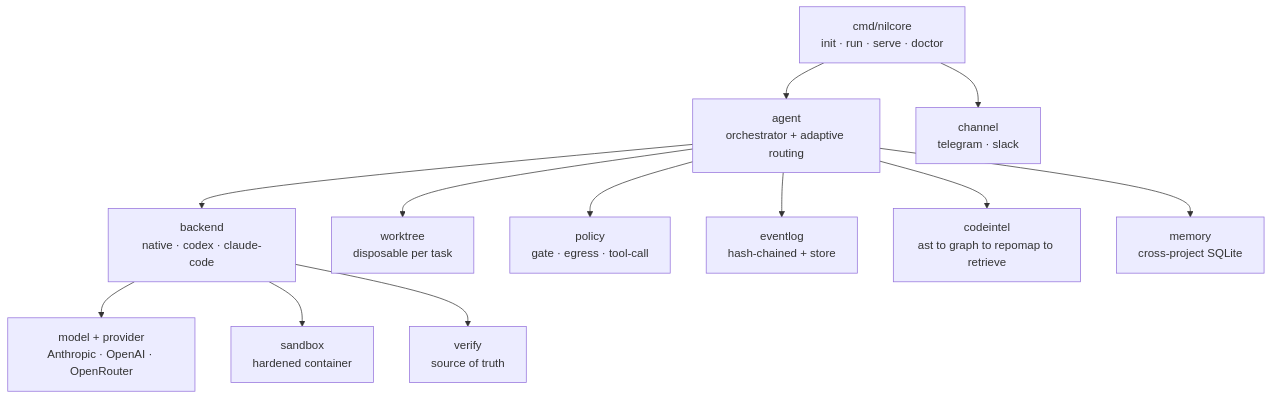
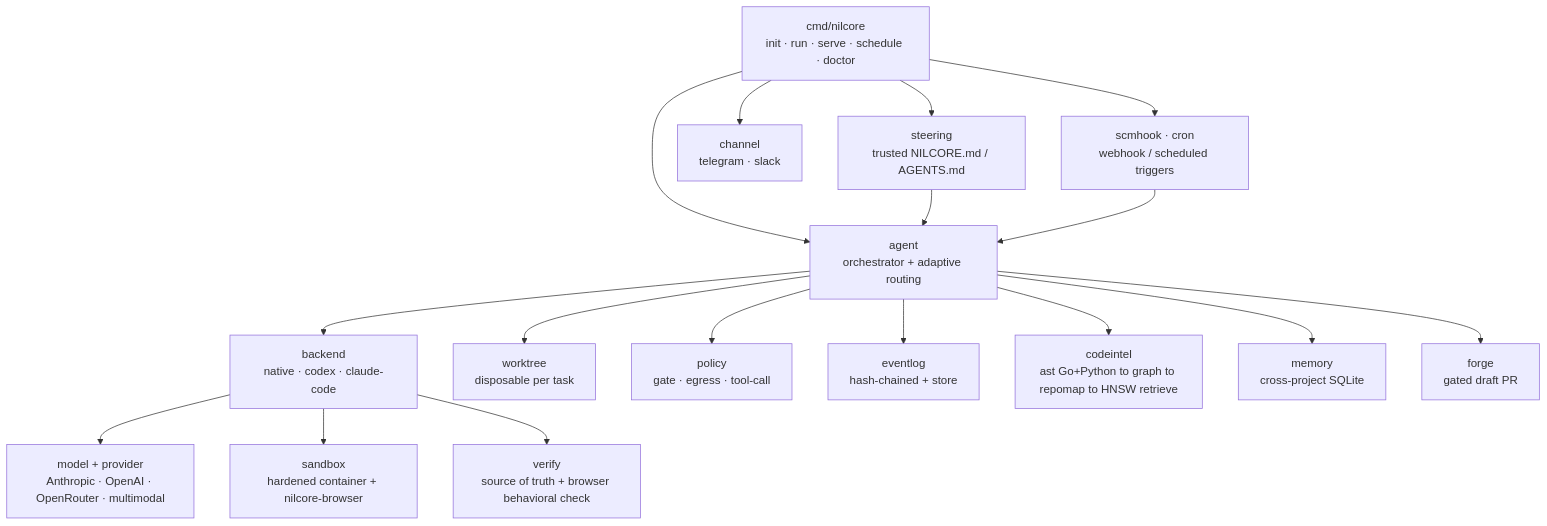
Before and after one commit to RNT56/NilCore: the second of 2 diagrams in README.md, drawn with Mermaid. The commit also changed other lines of this file and 10 other files, not shown here.

````diff
--- a/README.md
+++ b/README.md
@@ -199,14 +221,19 @@
 ```mermaid
 flowchart TD
-    CLI[cmd/nilcore<br/>init · run · serve · doctor] --> AGENT[agent<br/>orchestrator + adaptive routing]
+    CLI[cmd/nilcore<br/>init · run · serve · schedule · doctor] --> AGENT[agent<br/>orchestrator + adaptive routing]
+    CLI --> STEER[steering<br/>trusted NILCORE.md / AGENTS.md]
+    STEER --> AGENT
     AGENT --> BK[backend<br/>native · codex · claude-code]
     AGENT --> WT[worktree<br/>disposable per task]
-    BK --> MODEL[model + provider<br/>Anthropic · OpenAI · OpenRouter]
-    BK --> SANDBOX[sandbox<br/>hardened container]
-    BK --> VERIFY[verify<br/>source of truth]
+    BK --> MODEL[model + provider<br/>Anthropic · OpenAI · OpenRouter · multimodal]
+    BK --> SANDBOX[sandbox<br/>hardened container + nilcore-browser]
+    BK --> VERIFY[verify<br/>source of truth + browser behavioral check]
     AGENT --> POLICY[policy<br/>gate · egress · tool-call]
     AGENT --> LOG[eventlog<br/>hash-chained + store]
-    AGENT --> CI[codeintel<br/>ast to graph to repomap to retrieve]
+    AGENT --> CI[codeintel<br/>ast Go+Python to graph to repomap to HNSW retrieve]
     AGENT --> MEM[memory<br/>cross-project SQLite]
     CLI --> CHAN[channel<br/>telegram · slack]
+    CLI --> TRIG[scmhook · cron<br/>webhook / scheduled triggers]
+    TRIG --> AGENT
+    AGENT --> FORGE[forge<br/>gated draft PR]
 ```
````
